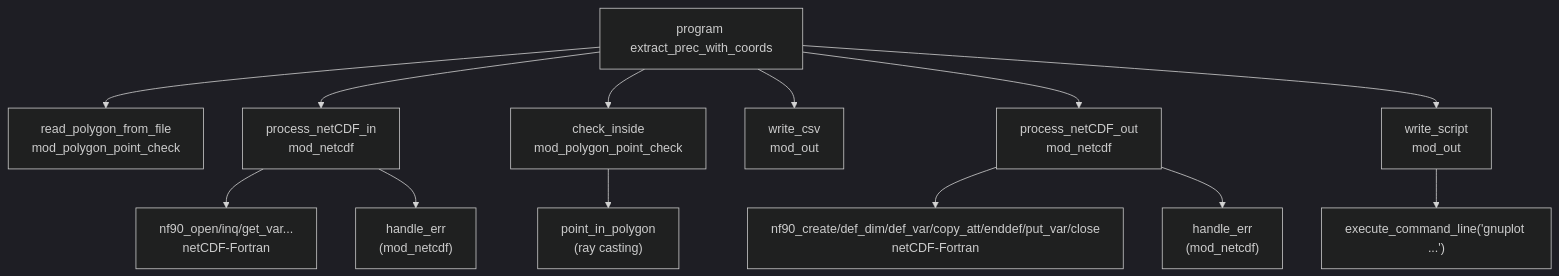
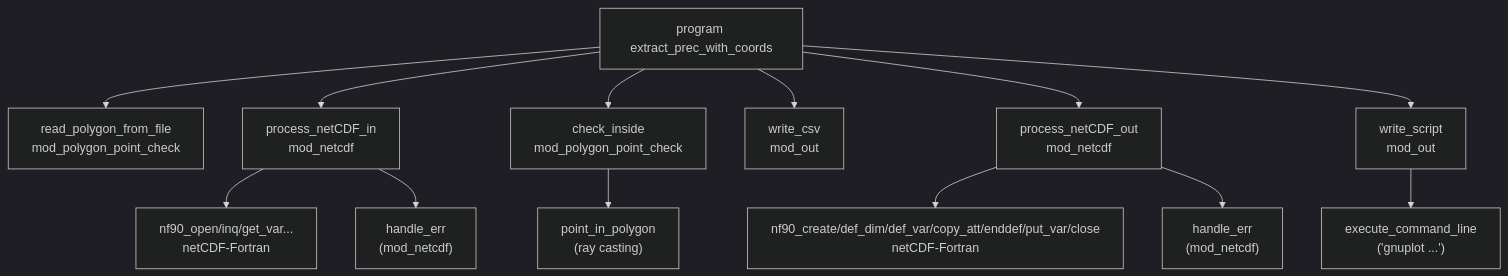
Before and after one commit to luflarois/extract_prec: the diagram in README.md, drawn with Mermaid (dark theme).

Commit message:
Atualizando README com o diagrama de chamadas

````diff
--- a/README.md
+++ b/README.md
@@ -105,15 +105,15 @@
 ```mermaid
 graph TD
-  A[program extract_prec_with_coords] --> B["read_polygon_from_file\nmod_polygon_point_check"]
-  A --> C["process_netCDF_in\nmod_netcdf"]
-  C --> C1["nf90_open/inq/get_var...\nnetCDF-Fortran"]
-  C --> C2["handle_err\n(mod_netcdf)"]
-  A --> D["check_inside\nmod_polygon_point_check"]
-  D --> D1["point_in_polygon\n(ray casting)"]
-  A --> E["write_csv\nmod_out"]
-  A --> F["process_netCDF_out\nmod_netcdf"]
-  F --> F1["nf90_create/def_dim/def_var/copy_att/enddef/put_var/close\nnetCDF-Fortran"]
-  F --> F2["handle_err\n(mod_netcdf)"]
-  A --> G["write_script\nmod_out"]
-  G --> G1["execute_command_line('gnuplot ...')"]
+  A[program extract_prec_with_coords] --> B["read_polygon_from_file<br>mod_polygon_point_check"]
+  A --> C["process_netCDF_in<br>mod_netcdf"]
+  C --> C1["nf90_open/inq/get_var...<br>netCDF-Fortran"]
+  C --> C2["handle_err<br>(mod_netcdf)"]
+  A --> D["check_inside<br>mod_polygon_point_check"]
+  D --> D1["point_in_polygon<br>(ray casting)"]
+  A --> E["write_csv<br>mod_out"]
+  A --> F["process_netCDF_out<br>mod_netcdf"]
+  F --> F1["nf90_create/def_dim/def_var/copy_att/enddef/put_var/close<br>netCDF-Fortran"]
+  F --> F2["handle_err<br>(mod_netcdf)"]
+  A --> G["write_script<br>mod_out"]
+  G --> G1["execute_command_line<br>('gnuplot ...')"]
 ```
````
